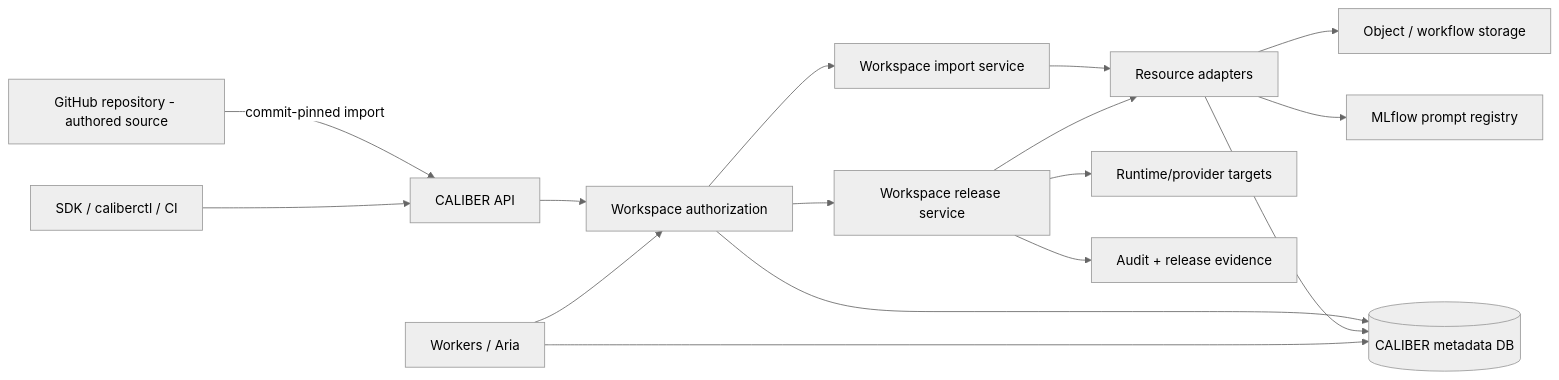
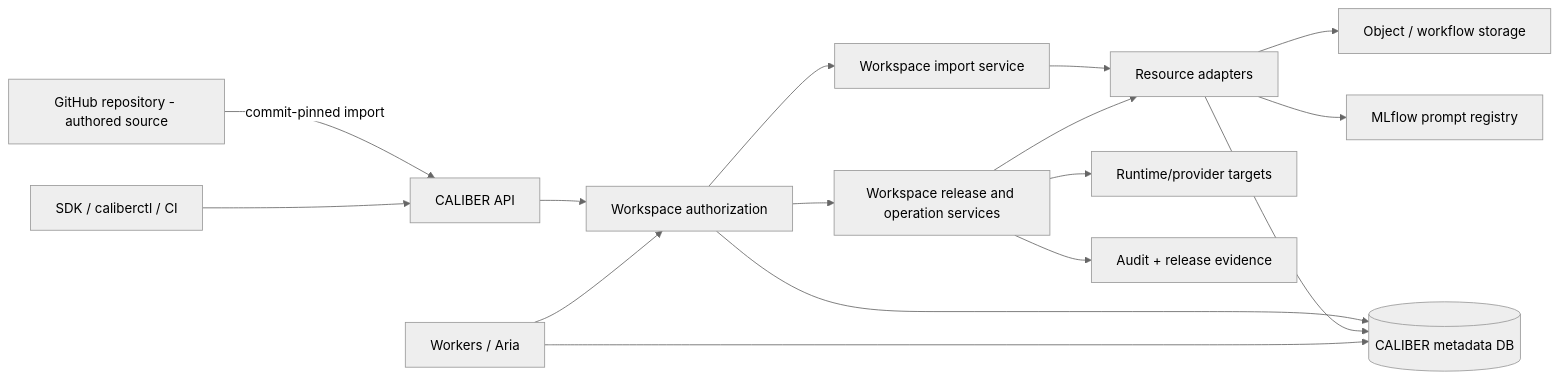
The fourth of 12 diagrams in docs/workspace-plan.md (rrahimi-uci/caliber-suite), drawn with Mermaid (neutral theme) before and after one commit. The commit also changed other lines of this file, not shown here.

Commit message:
docs: correct workspace plan feasibility contracts

````diff
--- a/docs/workspace-plan.md
+++ b/docs/workspace-plan.md
@@ -1083,18 +1186,18 @@
 ```mermaid
 flowchart LR
     GH[GitHub repository - authored source] -->|commit-pinned import| API[CALIBER API]
     SDK[SDK / caliberctl / CI] --> API
     API --> AUTH[Workspace authorization]
     AUTH --> DB[(CALIBER metadata DB)]
     AUTH --> IMP[Workspace import service]
-    AUTH --> REL[Workspace release service]
+    AUTH --> REL[Workspace release and operation services]
     IMP --> ADAPT[Resource adapters]
     ADAPT --> DB
     ADAPT --> ML[MLflow prompt registry]
     ADAPT --> OBJ[Object / workflow storage]
     REL --> ADAPT
     REL --> EXT[Runtime/provider targets]
     REL --> AUDIT[Audit + release evidence]
     RUN[Workers / Aria] --> AUTH
     RUN --> DB
 ```
````
